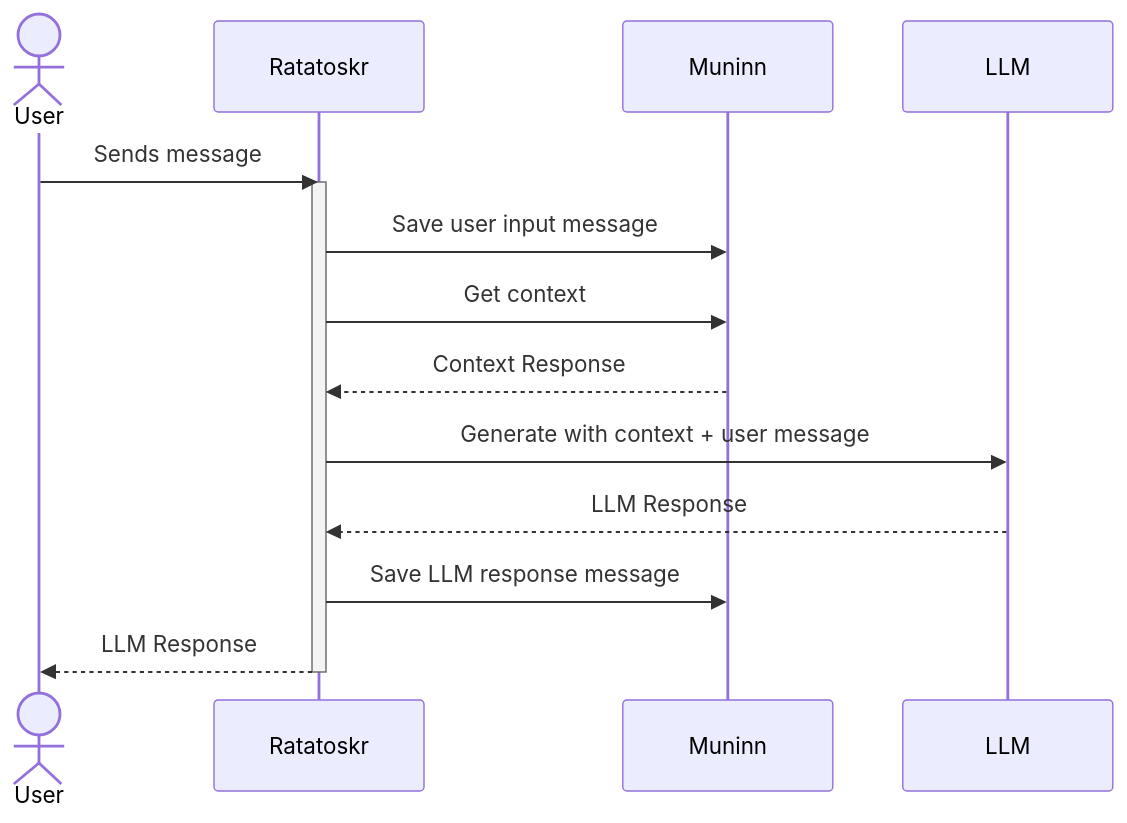
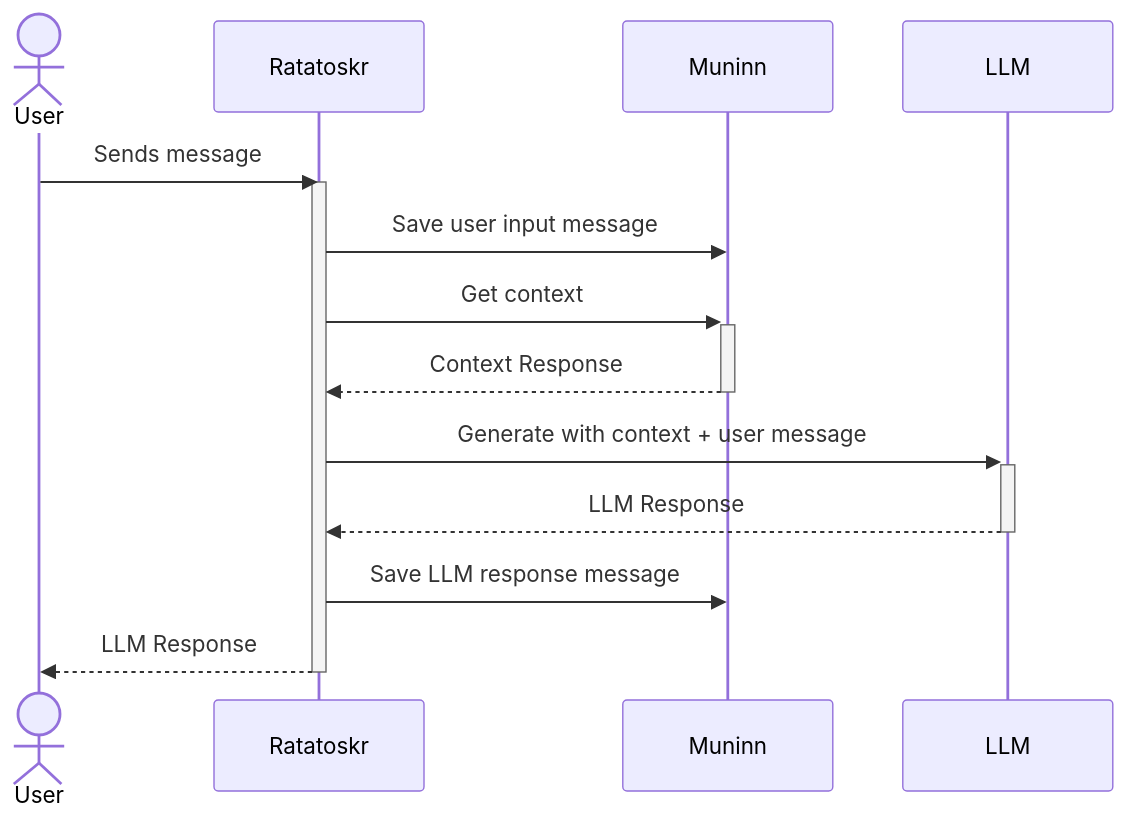
The diagram in README.md (divanvisagie/muninn), drawn with Mermaid before and after one commit.

Commit message:
Update diagram

````diff
--- a/README.md
+++ b/README.md
@@ -7,18 +7,18 @@
 ```mermaid
 sequenceDiagram
     actor u as User
     participant r as Ratatoskr
     participant m as Muninn
     participant l as LLM
 
     u ->> r: Sends message
     activate r
     r ->> m: Save user input message
-    r ->> m: Get context
-    m -->> r: Context Response
-    r ->> l: Generate with context + user message
-    l -->>  r: LLM Response
+    r ->>+ m: Get context
+    m -->>- r: Context Response
+    r ->>+ l: Generate with context + user message
+    l -->>-  r: LLM Response
     r ->> m: Save LLM response message
     r -->> u: LLM Response
     deactivate r
 ```
````
